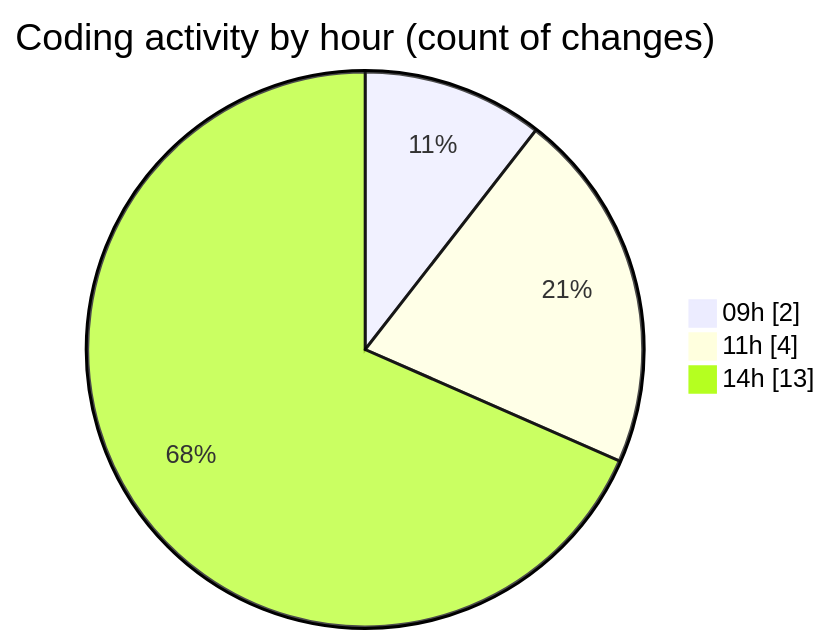
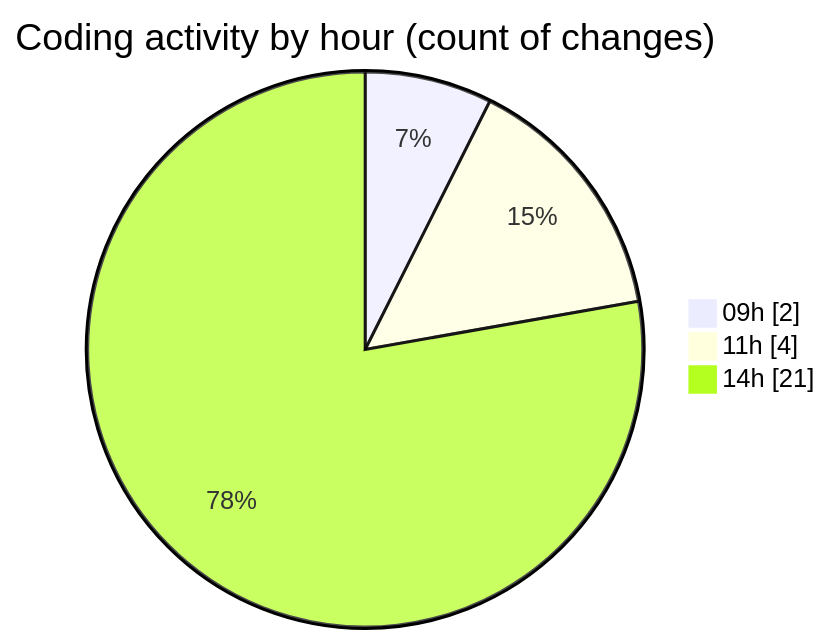
One commit to momahboobian/code-tracking changed the second of 2 diagrams in 2026-05-29/cda/README.md. Above: the diagram before and after it, drawn with Mermaid. The commit also changed other lines of this file and 1 other file, not shown here.

````diff
--- a/2026-05-29/cda/README.md
+++ b/2026-05-29/cda/README.md
@@ -40,7 +45,7 @@
 ```mermaid
 pie showData
 title Coding activity by hour (count of changes)
 "09h" : 2
 "11h" : 4
-"14h" : 13
+"14h" : 21
 ```
````
